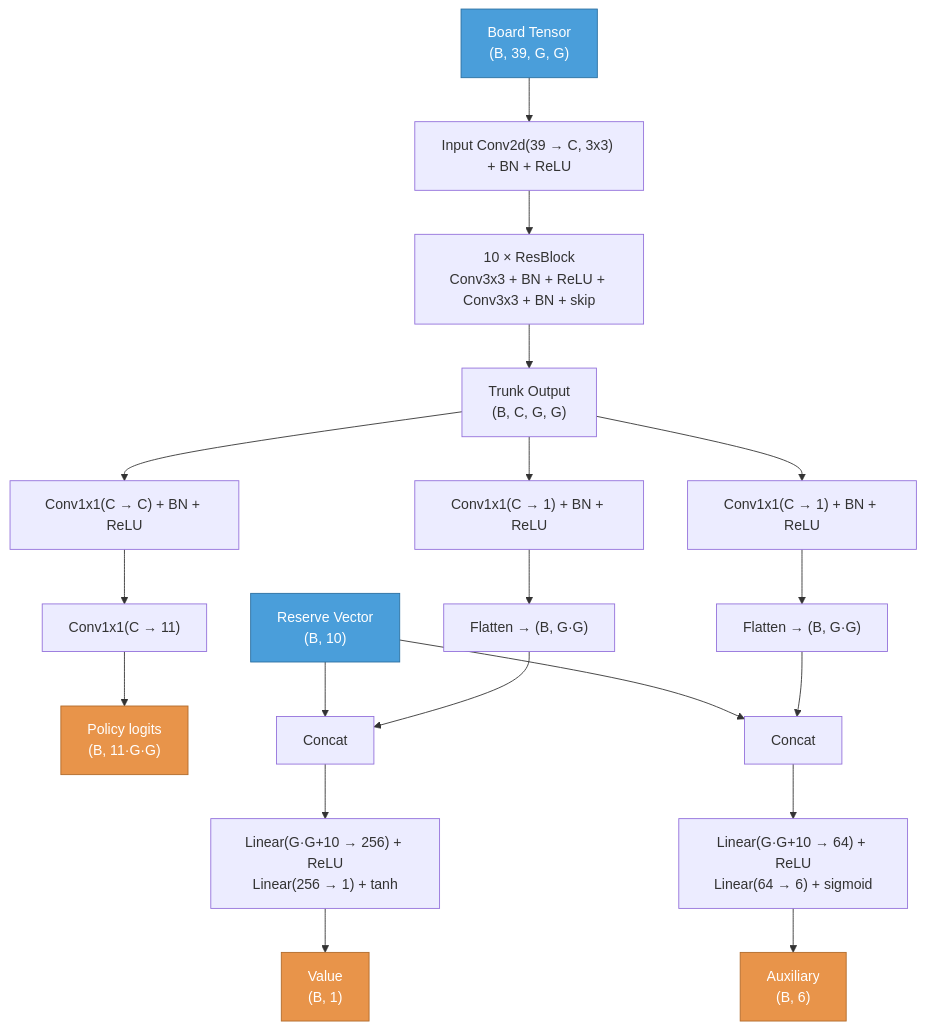
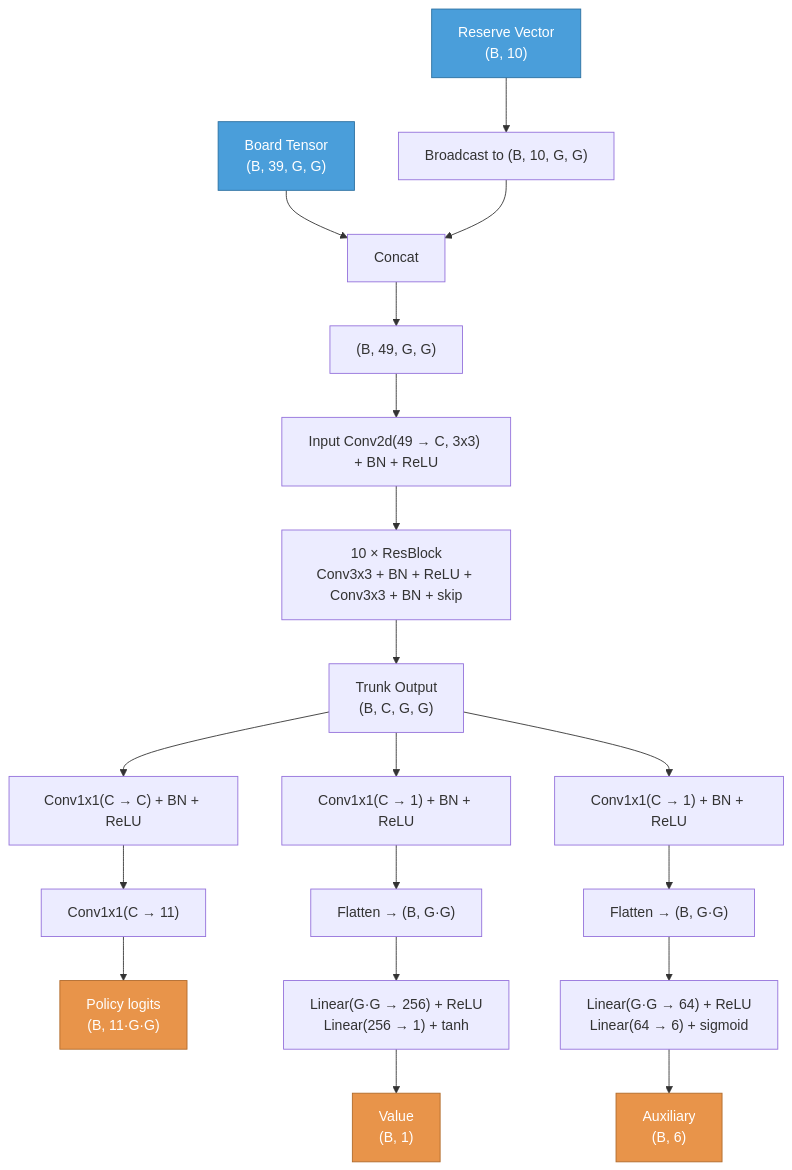
Before and after one commit to wldevries/hive-zero: the diagram in docs/hive_model.md, drawn with Mermaid. The commit also changed other lines of this file and 1 other file, not shown here.

First line of the commit message:
Broadcast reserve vector into trunk input instead of heads

````diff
--- a/docs/hive_model.md
+++ b/docs/hive_model.md
@@ -5,29 +5,28 @@
 ```mermaid
 graph TD
-    BT["Board Tensor<br/>(B, 39, G, G)"]:::input --> IC["Input Conv2d(39 → C, 3x3) + BN + ReLU"]
-    RV["Reserve Vector<br/>(B, 10)"]:::input
+    BT["Board Tensor<br/>(B, 39, G, G)"]:::input --> CAT["Concat"]
+    RV["Reserve Vector<br/>(B, 10)"]:::input --> BC["Broadcast to (B, 10, G, G)"]
+    BC --> CAT
+    CAT --> INPUT["(B, 49, G, G)"]
 
+    INPUT --> IC["Input Conv2d(49 → C, 3x3) + BN + ReLU"]
     IC --> RB["10 × ResBlock<br/>Conv3x3 + BN + ReLU + Conv3x3 + BN + skip"]
     RB --> TRUNK["Trunk Output<br/>(B, C, G, G)"]
 
     TRUNK --> PC["Conv1x1(C → C) + BN + ReLU"]
     PC --> PO["Conv1x1(C → 11)"]
     PO --> PFLAT["Policy logits<br/>(B, 11·G·G)"]:::output
 
     TRUNK --> VC["Conv1x1(C → 1) + BN + ReLU"]
     VC --> VF["Flatten → (B, G·G)"]
-    RV --> VCAT["Concat"]
-    VF --> VCAT
-    VCAT --> VFC["Linear(G·G+10 → 256) + ReLU<br/>Linear(256 → 1) + tanh"]
+    VF --> VFC["Linear(G·G → 256) + ReLU<br/>Linear(256 → 1) + tanh"]
     VFC --> VOUT["Value<br/>(B, 1)"]:::output
 
     TRUNK --> AC["Conv1x1(C → 1) + BN + ReLU"]
     AC --> AF["Flatten → (B, G·G)"]
-    RV --> ACAT["Concat"]
-    AF --> ACAT
-    ACAT --> AFC["Linear(G·G+10 → 64) + ReLU<br/>Linear(64 → 6) + sigmoid"]
+    AF --> AFC["Linear(G·G → 64) + ReLU<br/>Linear(64 → 6) + sigmoid"]
     AFC --> AOUT["Auxiliary<br/>(B, 6)"]:::output
 
     classDef input fill:#4a9eda,stroke:#2a6fa0,color:#fff
     classDef output fill:#e8944a,stroke:#b06a2a,color:#fff
 ```
````
